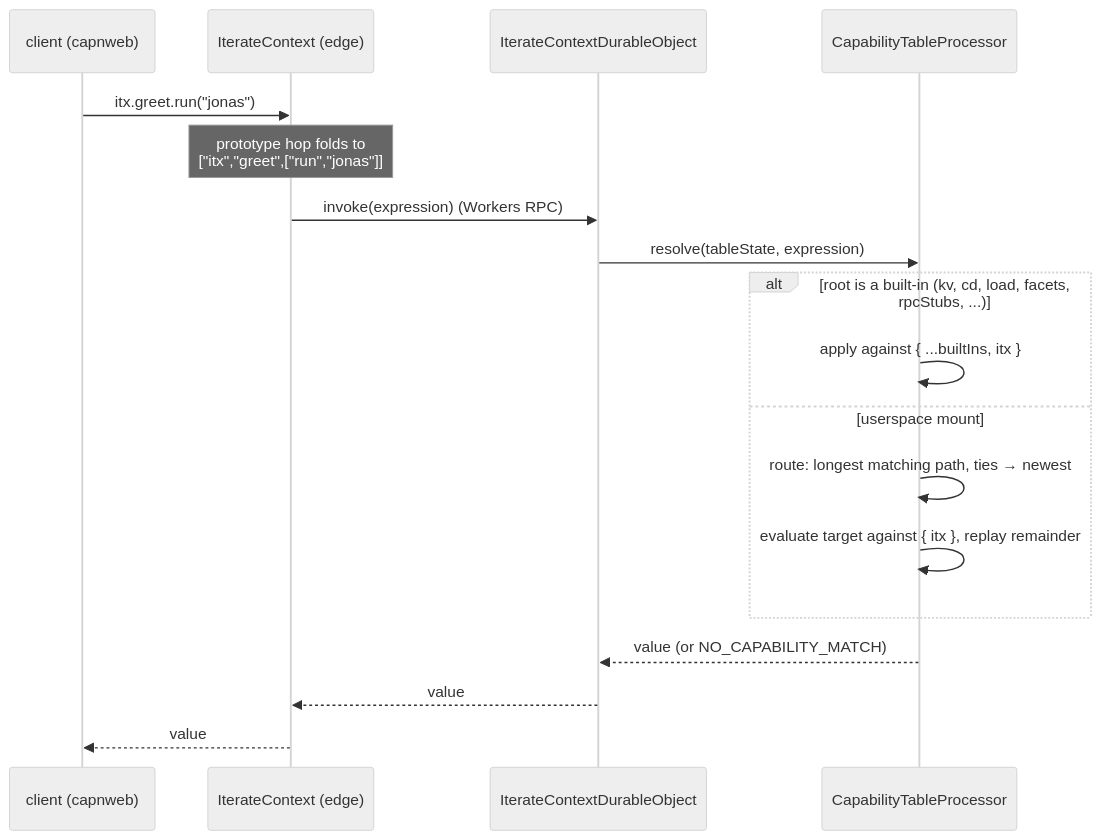
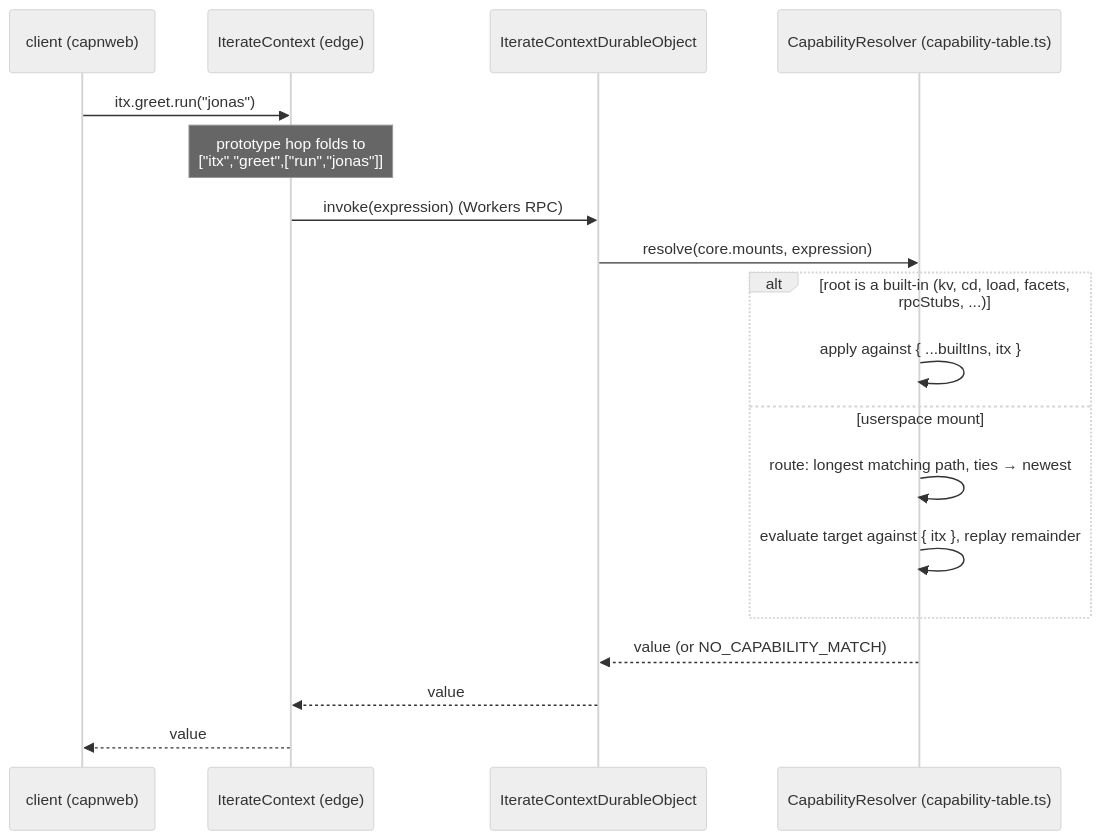
Before and after one commit to iterate/iterate: the second of 5 diagrams in packages/v3/project-worker/docs/clean-room-api-walkthrough.md, drawn with Mermaid (neutral theme). The commit also changed other lines of this file and 39 other files, not shown here.

First line of the commit message:
Clean-room: ONE core reduce; the breaker is a facet processor; created/woken in the constructor

````diff
--- a/packages/v3/project-worker/docs/clean-room-api-walkthrough.md
+++ b/packages/v3/project-worker/docs/clean-room-api-walkthrough.md
@@ -1115,20 +1205,20 @@
 ```mermaid
 sequenceDiagram
   participant C as client (capnweb)
   participant E as IterateContext (edge)
   participant D as IterateContextDurableObject
-  participant T as CapabilityTableProcessor
+  participant T as CapabilityResolver (capability-table.ts)
   C->>E: itx.greet.run("jonas")
   Note over E: prototype hop folds to<br/>["itx","greet",["run","jonas"]]
   E->>D: invoke(expression)   (Workers RPC)
-  D->>T: resolve(tableState, expression)
+  D->>T: resolve(core.mounts, expression)
   alt root is a built-in (kv, cd, load, facets, rpcStubs, ...)
     T->>T: apply against { ...builtIns, itx }
   else userspace mount
     T->>T: route: longest matching path, ties → newest
     T->>T: evaluate target against { itx }, replay remainder
   end
   T-->>D: value (or NO_CAPABILITY_MATCH)
   D-->>E: value
   E-->>C: value
 ```
````
